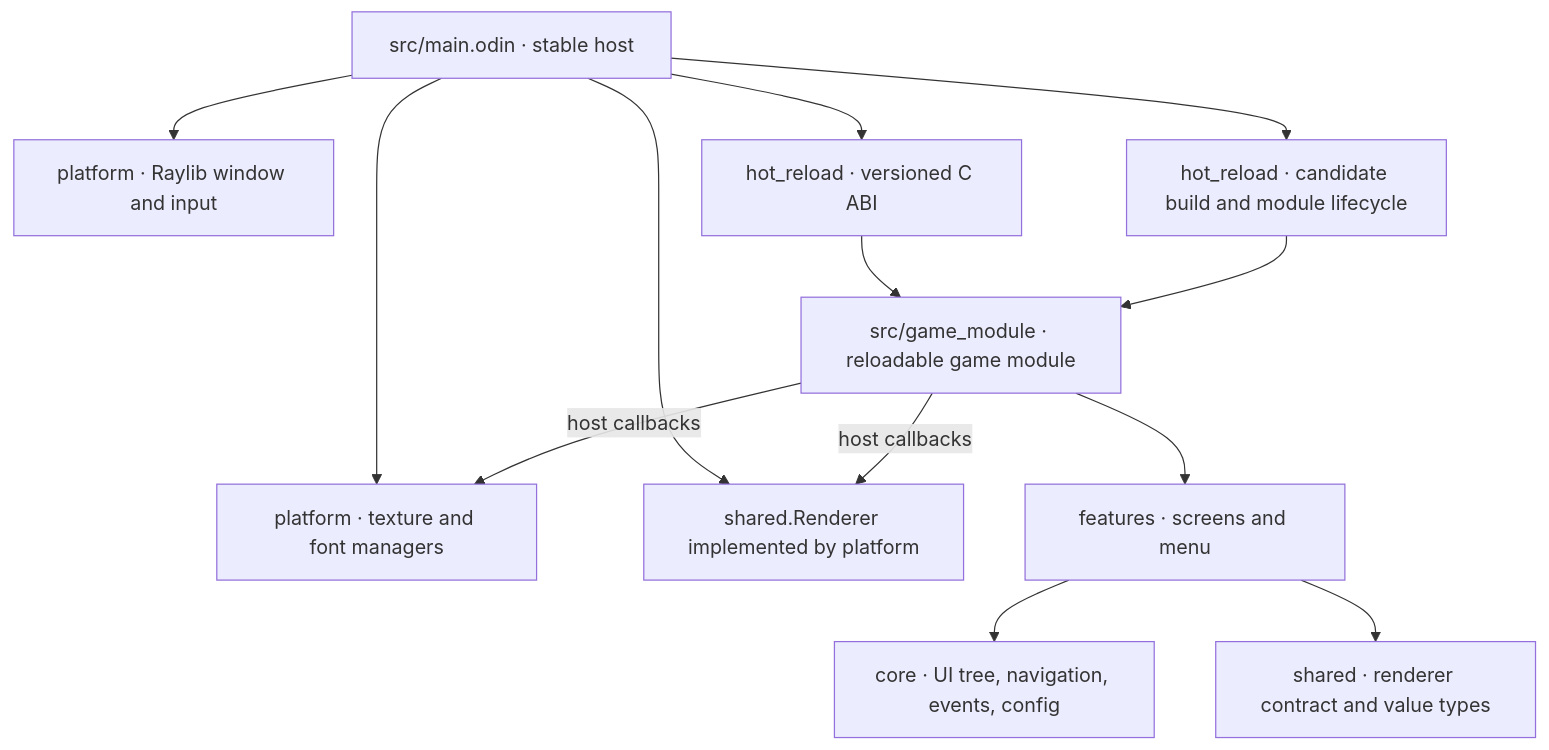
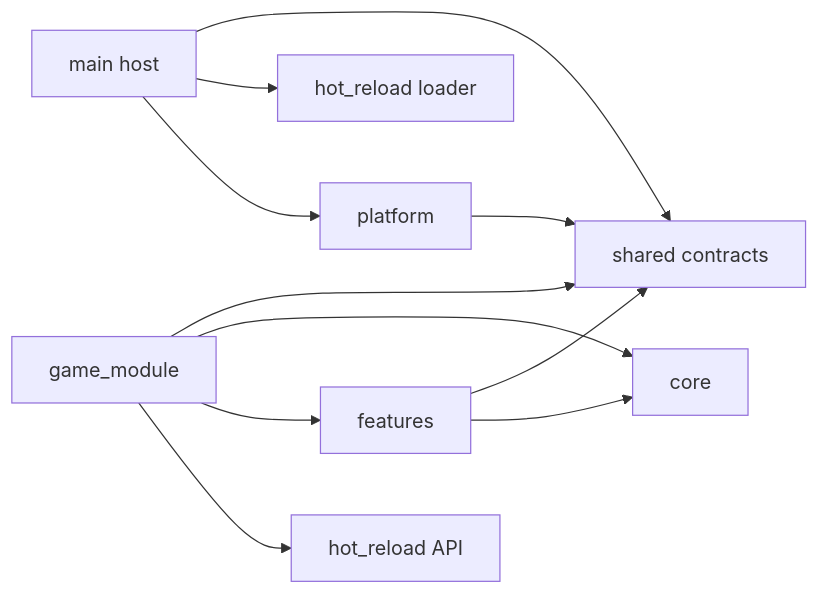
The second of 2 diagrams in docs/ARCHITECTURE.md (Tsarbomba69-com/formula_arcana), drawn with Mermaid before and after one commit. The commit also changed other lines of this file, not shown here.

Commit message:
docs: clarify current architecture and implementation status

````diff
--- a/docs/ARCHITECTURE.md
+++ b/docs/ARCHITECTURE.md
@@ -28,15 +106,13 @@
 ```mermaid
-flowchart TD
-    Main["src/main.odin · stable host"] --> Window["platform · Raylib window and input"]
-    Main --> Managers["platform · texture and font managers"]
-    Main --> Renderer["shared.Renderer implemented by platform"]
-    Main --> Reload["hot_reload · candidate build and module lifecycle"]
-    Main --> ABI["hot_reload · versioned C ABI"]
-    ABI --> Module["src/game_module · reloadable game module"]
-    Module --> Features["features · screens and menu"]
-    Features --> Core["core · UI tree, navigation, events, config"]
-    Features --> Shared["shared · renderer contract and value types"]
-    Reload --> Module
-    Module -->|"host callbacks"| Managers
-    Module -->|"host callbacks"| Renderer
+flowchart LR
+    Main[main host] --> Platform[platform]
+    Main --> Reload[hot_reload loader]
+    Main --> Shared[shared contracts]
+    Module[game_module] --> ABI[hot_reload API]
+    Module --> Features[features]
+    Module --> Core[core]
+    Module --> Shared
+    Features --> Core
+    Features --> Shared
+    Platform --> Shared
 ```
````
